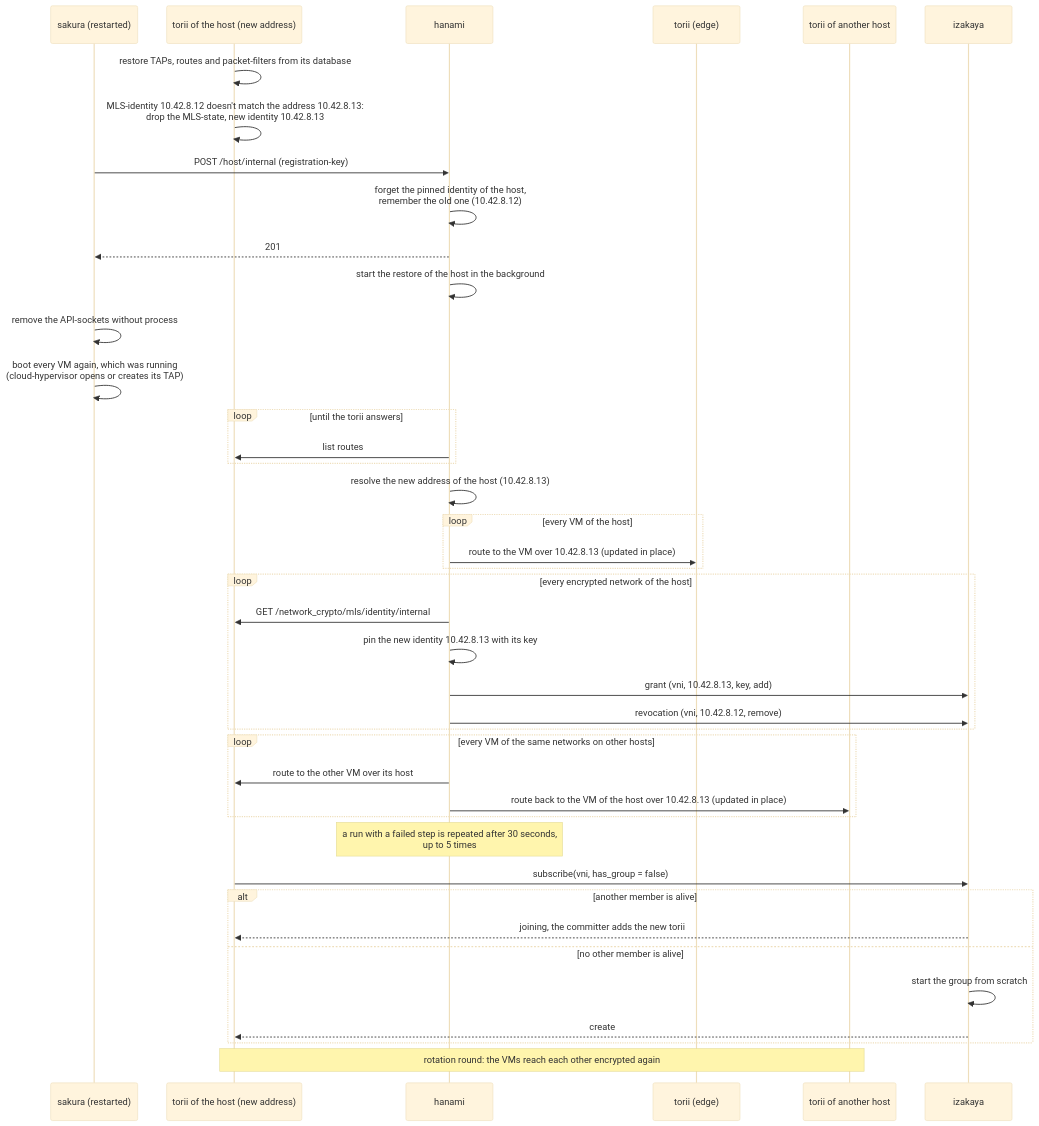
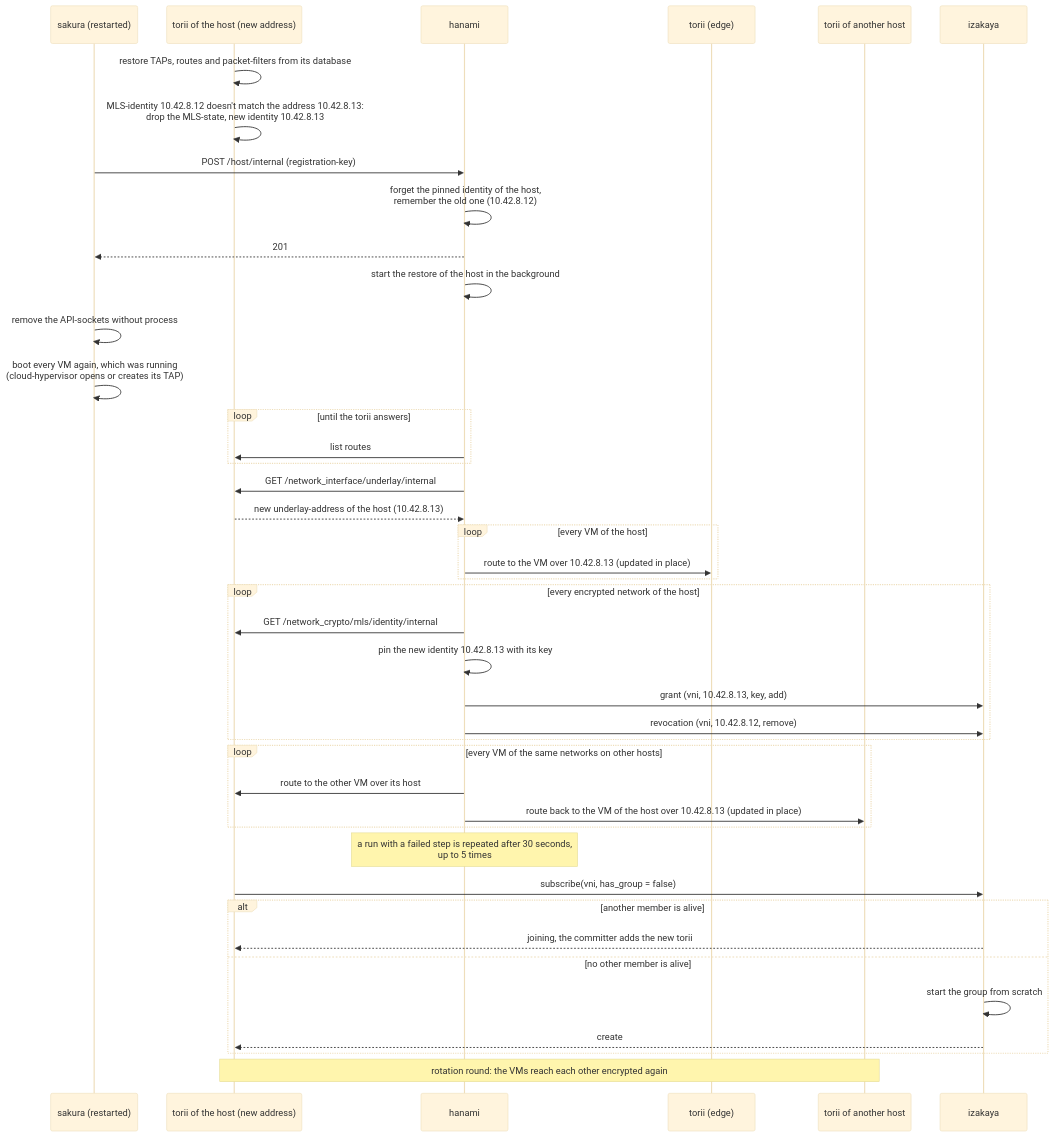
Diagram 16 of 20 in docs/developer/sequence_diagrams/network_crypto_key_exchange.md (kitsudaiki/ainari), drawn with Mermaid (base theme) before and after one commit. The commit also changed other lines of this file and 45 other files, not shown here.

````diff
--- a/docs/developer/sequence_diagrams/network_crypto_key_exchange.md
+++ b/docs/developer/sequence_diagrams/network_crypto_key_exchange.md
@@ -525,47 +527,48 @@
 ```mermaid
 sequenceDiagram
     participant S as sakura (restarted)
     participant TN as torii of the host (new address)
     participant H as hanami
     participant E as torii (edge)
     participant TO as torii of another host
     participant I as izakaya
 
     TN->>TN: restore TAPs, routes and packet-filters from its database
     TN->>TN: MLS-identity 10.42.8.12 doesn't match the address 10.42.8.13:<br/>drop the MLS-state, new identity 10.42.8.13
     S->>H: POST /host/internal (registration-key)
     H->>H: forget the pinned identity of the host,<br/>remember the old one (10.42.8.12)
     H-->>S: 201
     H->>H: start the restore of the host in the background
 
     S->>S: remove the API-sockets without process
     S->>S: boot every VM again, which was running<br/>(cloud-hypervisor opens or creates its TAP)
 
     loop until the torii answers
         H->>TN: list routes
     end
-    H->>H: resolve the new address of the host (10.42.8.13)
+    H->>TN: GET /network_interface/underlay/internal
+    TN-->>H: new underlay-address of the host (10.42.8.13)
     loop every VM of the host
         H->>E: route to the VM over 10.42.8.13 (updated in place)
     end
     loop every encrypted network of the host
         H->>TN: GET /network_crypto/mls/identity/internal
         H->>H: pin the new identity 10.42.8.13 with its key
         H->>I: grant (vni, 10.42.8.13, key, add)
         H->>I: revocation (vni, 10.42.8.12, remove)
     end
     loop every VM of the same networks on other hosts
         H->>TN: route to the other VM over its host
         H->>TO: route back to the VM of the host over 10.42.8.13 (updated in place)
     end
     Note over H: a run with a failed step is repeated after 30 seconds,<br/>up to 5 times
 
     TN->>I: subscribe(vni, has_group = false)
     alt another member is alive
         I-->>TN: joining, the committer adds the new torii
     else no other member is alive
         I->>I: start the group from scratch
         I-->>TN: create
     end
     Note over TN,TO: rotation round: the VMs reach each other encrypted again
 ```
````
